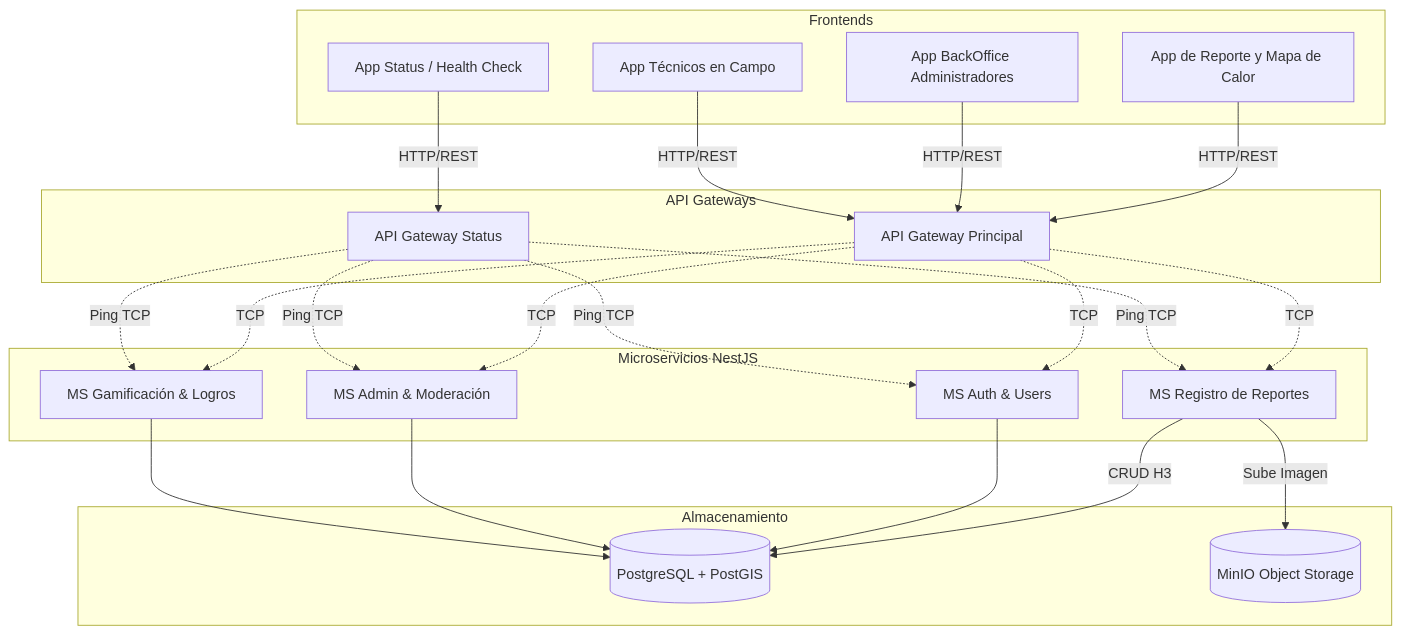
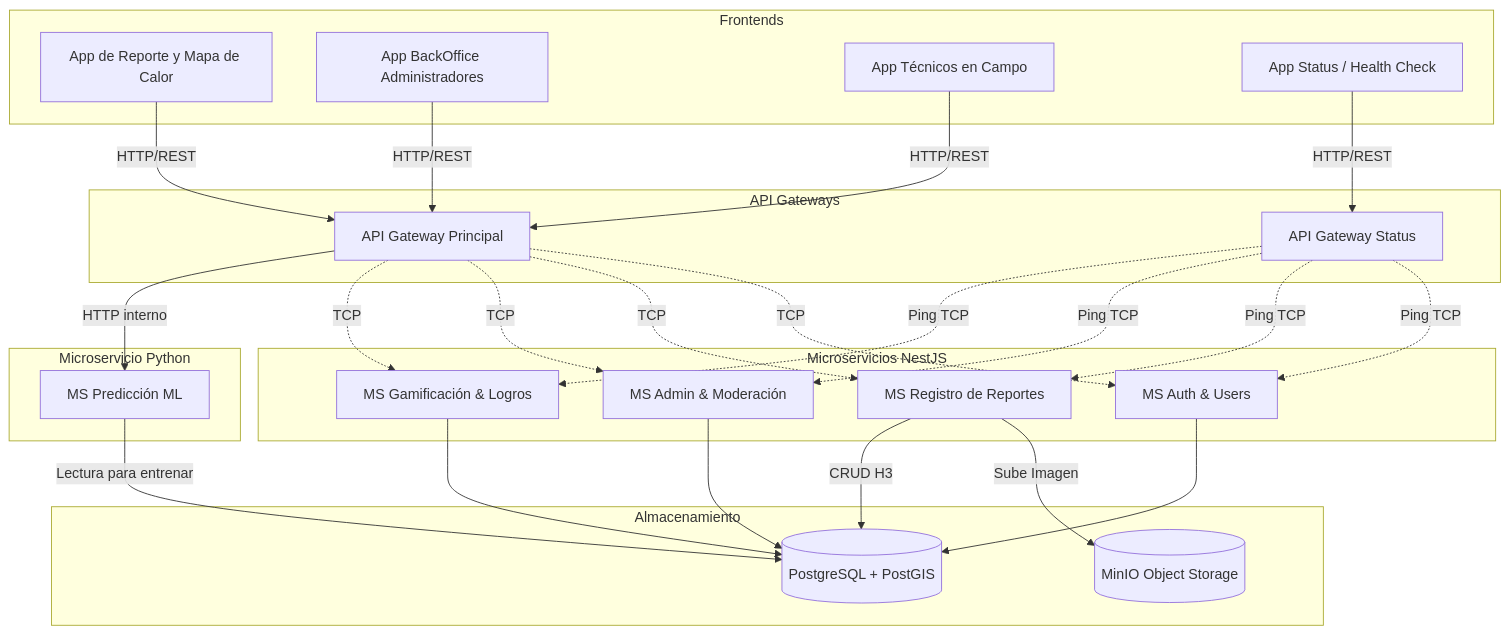
One commit to jhoel0521/Ojo-Camba changed the diagram in docs/arquitectura.md. Above: the diagram before and after it, drawn with Mermaid. The commit also changed other lines of this file and 5 other files, not shown here.

````diff
--- a/docs/arquitectura.md
+++ b/docs/arquitectura.md
@@ -7,47 +7,53 @@
 ```mermaid
 graph TD
     subgraph Frontends
         AppReporte[App de Reporte y Mapa de Calor]
         AppBackOffice[App BackOffice Administradores]
         AppTecnico[App Técnicos en Campo]
         AppStatus[App Status / Health Check]
     end
 
     subgraph API Gateways
         GW_Principal[API Gateway Principal]
         GW_Status[API Gateway Status]
     end
 
     AppReporte -->|HTTP/REST| GW_Principal
     AppBackOffice -->|HTTP/REST| GW_Principal
     AppTecnico -->|HTTP/REST| GW_Principal
     AppStatus -->|HTTP/REST| GW_Status
 
     subgraph Microservicios NestJS
         MS_Auth[MS Auth & Users]
         MS_Register[MS Registro de Reportes]
         MS_Admin[MS Admin & Moderación]
         MS_Gamify[MS Gamificación & Logros]
     end
 
+    subgraph Microservicio Python
+        MS_Prediccion[MS Predicción ML]
+    end
+
     GW_Principal -.->|TCP| MS_Auth
     GW_Principal -.->|TCP| MS_Register
     GW_Principal -.->|TCP| MS_Admin
     GW_Principal -.->|TCP| MS_Gamify
+    GW_Principal -->|HTTP interno| MS_Prediccion
     
     GW_Status -.->|Ping TCP| MS_Auth
     GW_Status -.->|Ping TCP| MS_Register
     GW_Status -.->|Ping TCP| MS_Admin
     GW_Status -.->|Ping TCP| MS_Gamify
 
     subgraph Almacenamiento
         DB[(PostgreSQL + PostGIS)]
         MinIO[(MinIO Object Storage)]
     end
 
     MS_Register -->|Sube Imagen| MinIO
     MS_Register -->|CRUD H3| DB
     MS_Auth --> DB
     MS_Admin --> DB
     MS_Gamify --> DB
+    MS_Prediccion -->|Lectura para entrenar| DB
 ```
````
